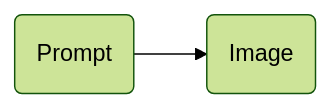
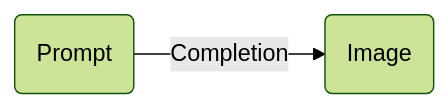
One commit to msalemor/llm-use-cases changed the first of 3 diagrams in vision-models.md. Above: the diagram before and after it, drawn with Mermaid (forest theme). The commit also changed other lines of this file, not shown here.

Commit message:
Image services

````diff
--- a/vision-models.md
+++ b/vision-models.md
@@ -15,4 +15,4 @@
 ```mermaid
 graph LR;
-  P(Prompt)-->I(Image);
+  P(Prompt)--Completion-->I(Image);
 ```
````
